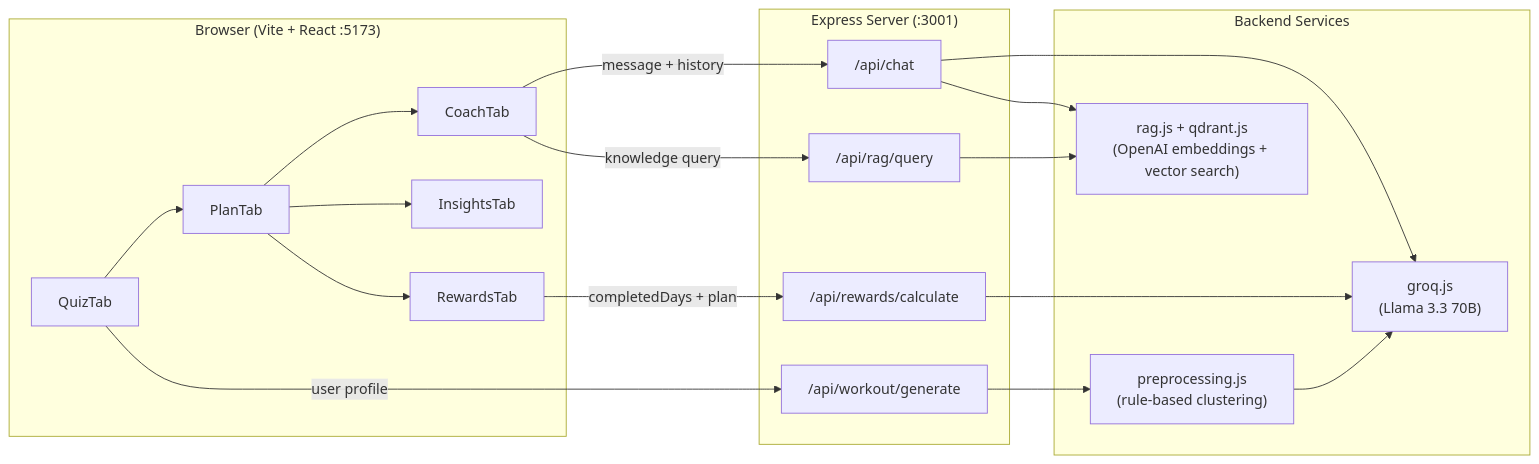
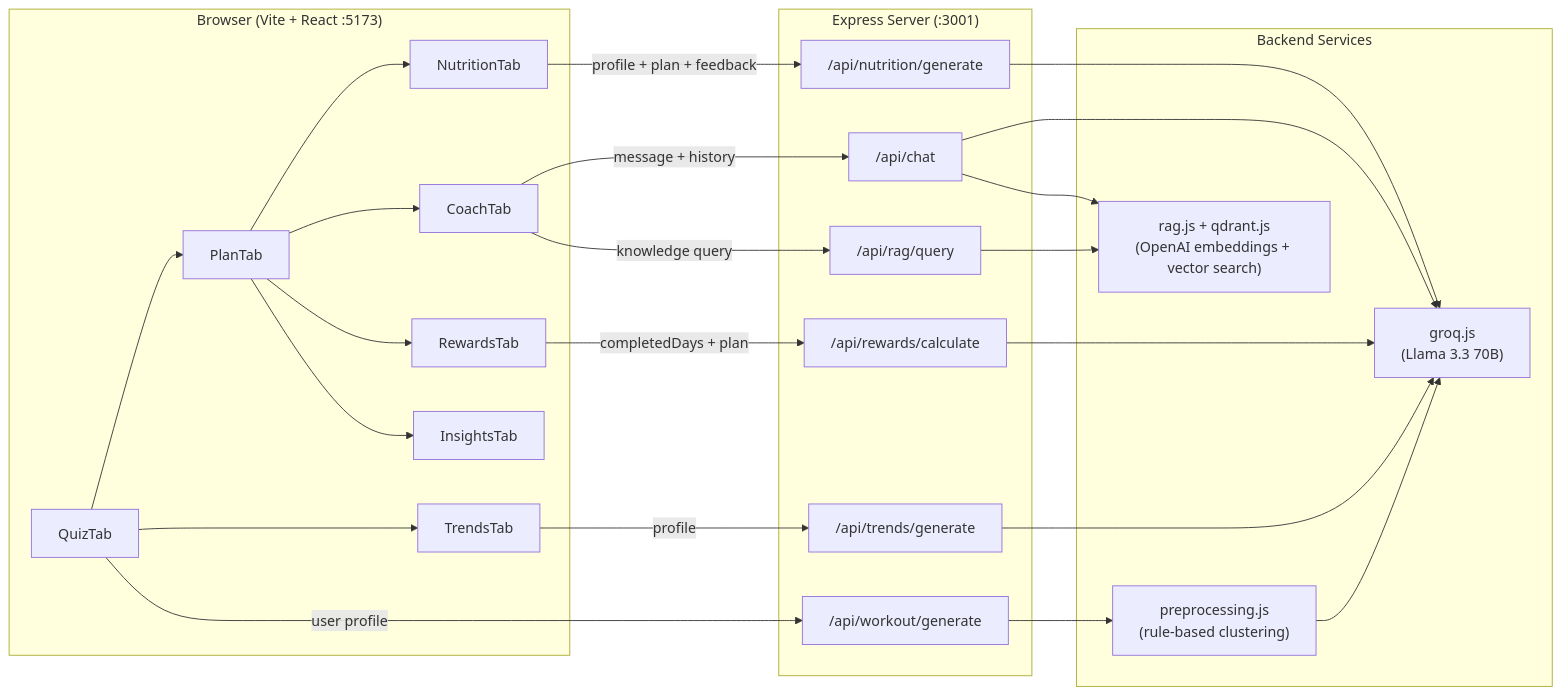
The first of 3 diagrams in README.md (MatteoGuardamagna4/react-app), drawn with Mermaid before and after one commit. The commit also changed other lines of this file, not shown here.

````diff
--- a/README.md
+++ b/README.md
@@ -43,33 +43,41 @@
 ```mermaid
 graph LR
   subgraph Browser ["Browser (Vite + React :5173)"]
     A[QuizTab] --> B[PlanTab]
+    B --> N[NutritionTab]
     B --> C[CoachTab]
+    B --> E[RewardsTab]
     B --> D[InsightsTab]
-    B --> E[RewardsTab]
+    A --> T[TrendsTab]
   end
 
   subgraph Server ["Express Server (:3001)"]
     R1["/api/workout/generate"]
     R2["/api/chat"]
     R3["/api/rewards/calculate"]
     R4["/api/rag/query"]
+    R5["/api/nutrition/generate"]
+    R6["/api/trends/generate"]
   end
 
   subgraph Services ["Backend Services"]
     P["preprocessing.js\n(rule-based clustering)"]
     G["groq.js\n(Llama 3.3 70B)"]
     RAG["rag.js + qdrant.js\n(OpenAI embeddings + vector search)"]
   end
 
   A -- "user profile" --> R1
+  N -- "profile + plan + feedback" --> R5
   C -- "message + history" --> R2
   E -- "completedDays + plan" --> R3
   C -- "knowledge query" --> R4
+  T -- "profile" --> R6
 
   R1 --> P --> G
   R2 --> G
   R2 --> RAG
   R3 --> G
+  R5 --> G
+  R6 --> G
   R4 --> RAG
 ```
````
